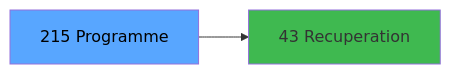
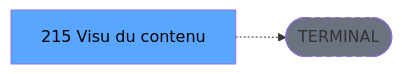
Before and after one commit to thonyAGP/lecteur-magic: the third of 3 diagrams in .openspec/renders/ADH-IDE-215.md, drawn with Mermaid. The commit also changed other lines of this file and 701 other files, not shown here.

````diff
--- a/.openspec/renders/ADH-IDE-215.md
+++ b/.openspec/renders/ADH-IDE-215.md
@@ -141,8 +135,8 @@
 ```mermaid
 graph LR
-    T[215 Programme]
-    C43[43 Recuperation]
-    T --> C43
+    T[215 Visu du contenu]
+    TERM([TERMINAL])
+    T -.-> TERM
+    style TERM fill:#6b7280,stroke-dasharray: 5 5
     style T fill:#58a6ff,color:#000
-    style C43 fill:#3fb950
 ```
````
